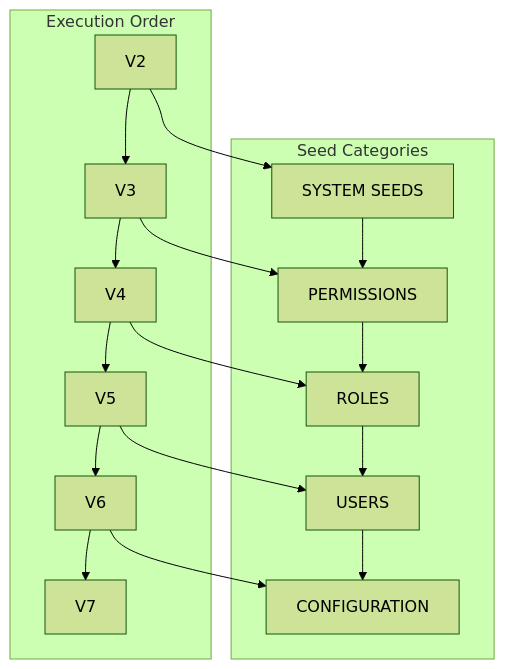
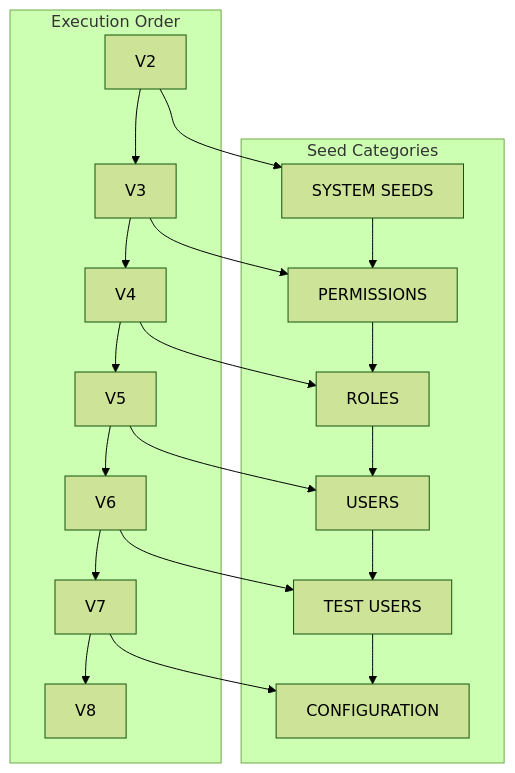
One commit to Vostrikov2014/vks-qoder changed the ninth of 11 diagrams in .qoder/repowiki/en/content/Database Migrations.md. Above: the diagram before and after it, drawn with Mermaid (forest theme). The commit also changed other lines of this file and 11 other files, not shown here.

````diff
--- a/.qoder/repowiki/en/content/Database Migrations.md
+++ b/.qoder/repowiki/en/content/Database Migrations.md
@@ -353,22 +409,25 @@
 ```mermaid
 flowchart TD
 subgraph "Seed Categories"
 System[SYSTEM SEEDS]
 Permissions[PERMISSIONS]
 Roles[ROLES]
 Users[USERS]
+TestUsers[TEST USERS]
 Config[CONFIGURATION]
 end
 subgraph "Execution Order"
-V2 --> V3 --> V4 --> V5 --> V6 --> V7
+V2 --> V3 --> V4 --> V5 --> V6 --> V7 --> V8
 end
 System --> Permissions
 Permissions --> Roles
 Roles --> Users
-Users --> Config
+Users --> TestUsers
+TestUsers --> Config
 V2 --> System
 V3 --> Permissions
 V4 --> Roles
 V5 --> Users
-V6 --> Config
+V6 --> TestUsers
+V7 --> Config
 ```
````
